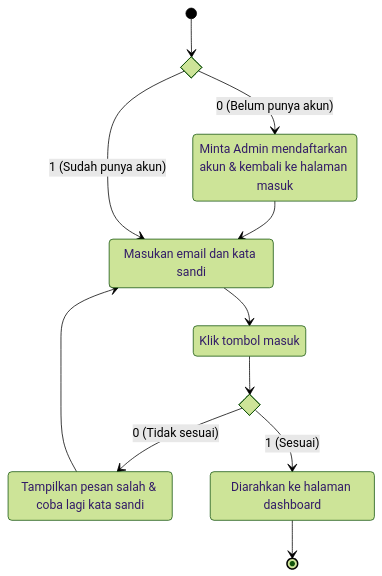
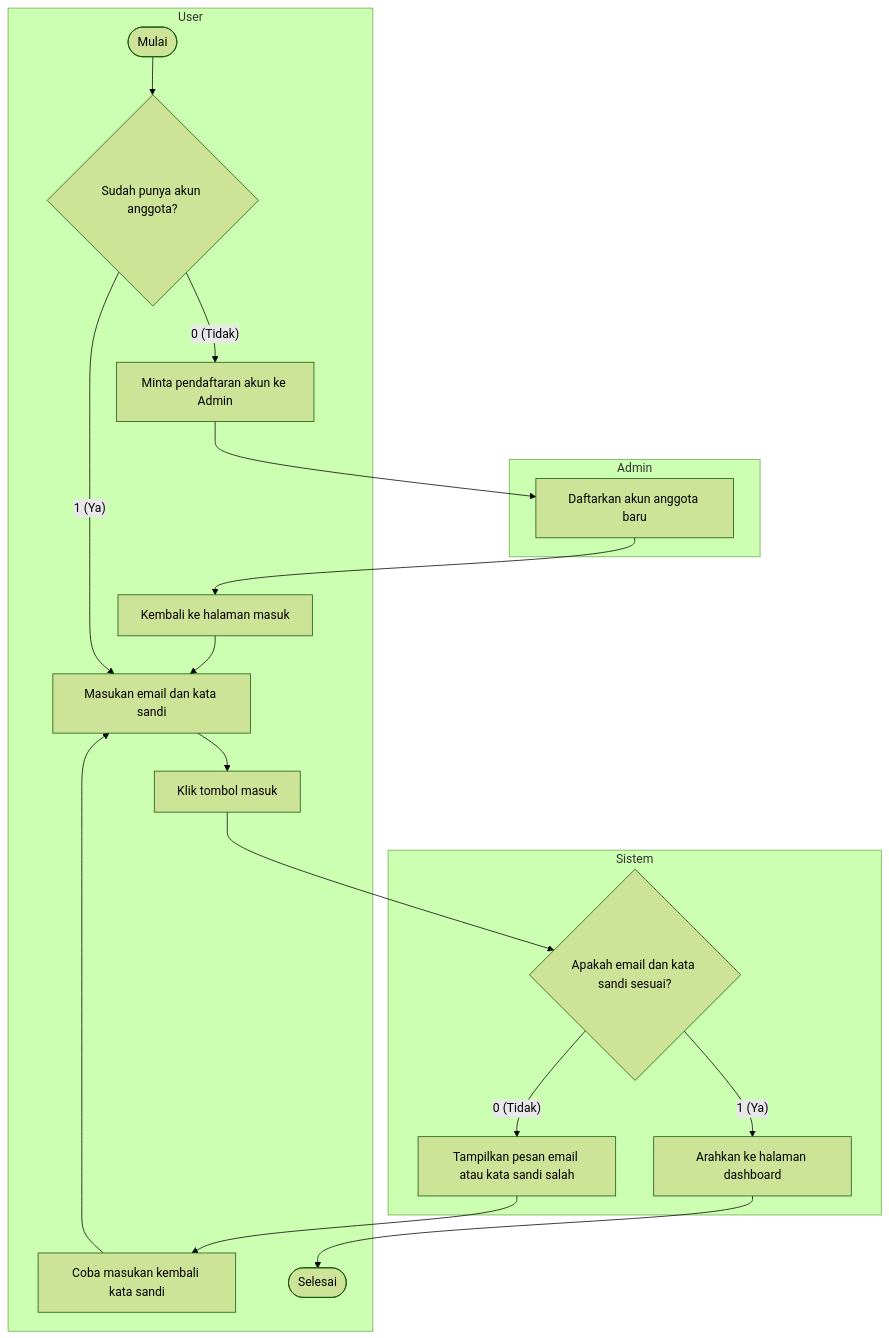
Before and after one commit to dimstyle/ruang-baca: the diagram in docs/uml/src/diagrams/list-diagrams/activity-login.mmd, drawn with Mermaid (forest theme). The commit also changed 24 other files, not shown here.

Commit message:
docs(uml): add User, Admin, and Sistem swimlanes to activity diagrams

```diff
--- a/docs/uml/src/diagrams/list-diagrams/activity-login.mmd
+++ b/docs/uml/src/diagrams/list-diagrams/activity-login.mmd
@@ -1,19 +1,23 @@
-stateDiagram-v2
-    state hasAccount <<choice>>
-    state "Minta Admin mendaftarkan akun & kembali ke halaman masuk" as reg
-    state "Masukan email dan kata sandi" as inputAuth
-    state "Klik tombol masuk" as clickLogin
-    state checkMatch <<choice>>
-    state "Tampilkan pesan salah & coba lagi kata sandi" as retryPass
-    state "Diarahkan ke halaman dashboard" as dashboard
+flowchart TD
+    subgraph User["User"]
+        start(["Mulai"]) --> hasAccount{"Sudah punya akun anggota?"}
+        hasAccount -->|"0 (Tidak)"| askAdmin["Minta pendaftaran akun ke Admin"]
+        backLogin["Kembali ke halaman masuk"] --> inputAuth["Masukan email dan kata sandi"]
+        hasAccount -->|"1 (Ya)"| inputAuth
+        inputAuth --> clickLogin["Klik tombol masuk"]
+        retryPass["Coba masukan kembali kata sandi"] --> inputAuth
+        finish(["Selesai"])
+    end
 
-    [*] --> hasAccount
-    hasAccount --> reg : 0 (Belum punya akun)
-    reg --> inputAuth
-    hasAccount --> inputAuth : 1 (Sudah punya akun)
-    inputAuth --> clickLogin
-    clickLogin --> checkMatch
-    checkMatch --> retryPass : 0 (Tidak sesuai)
-    retryPass --> inputAuth
-    checkMatch --> dashboard : 1 (Sesuai)
-    dashboard --> [*]
+    subgraph Admin["Admin"]
+        askAdmin --> regByAdmin["Daftarkan akun anggota baru"]
+        regByAdmin --> backLogin
+    end
+
+    subgraph Sistem["Sistem"]
+        clickLogin --> checkMatch{"Apakah email dan kata sandi sesuai?"}
+        checkMatch -->|"0 (Tidak)"| warnWrong["Tampilkan pesan email atau kata sandi salah"]
+        warnWrong --> retryPass
+        checkMatch -->|"1 (Ya)"| toDashboard["Arahkan ke halaman dashboard"]
+        toDashboard --> finish
+    end
```
